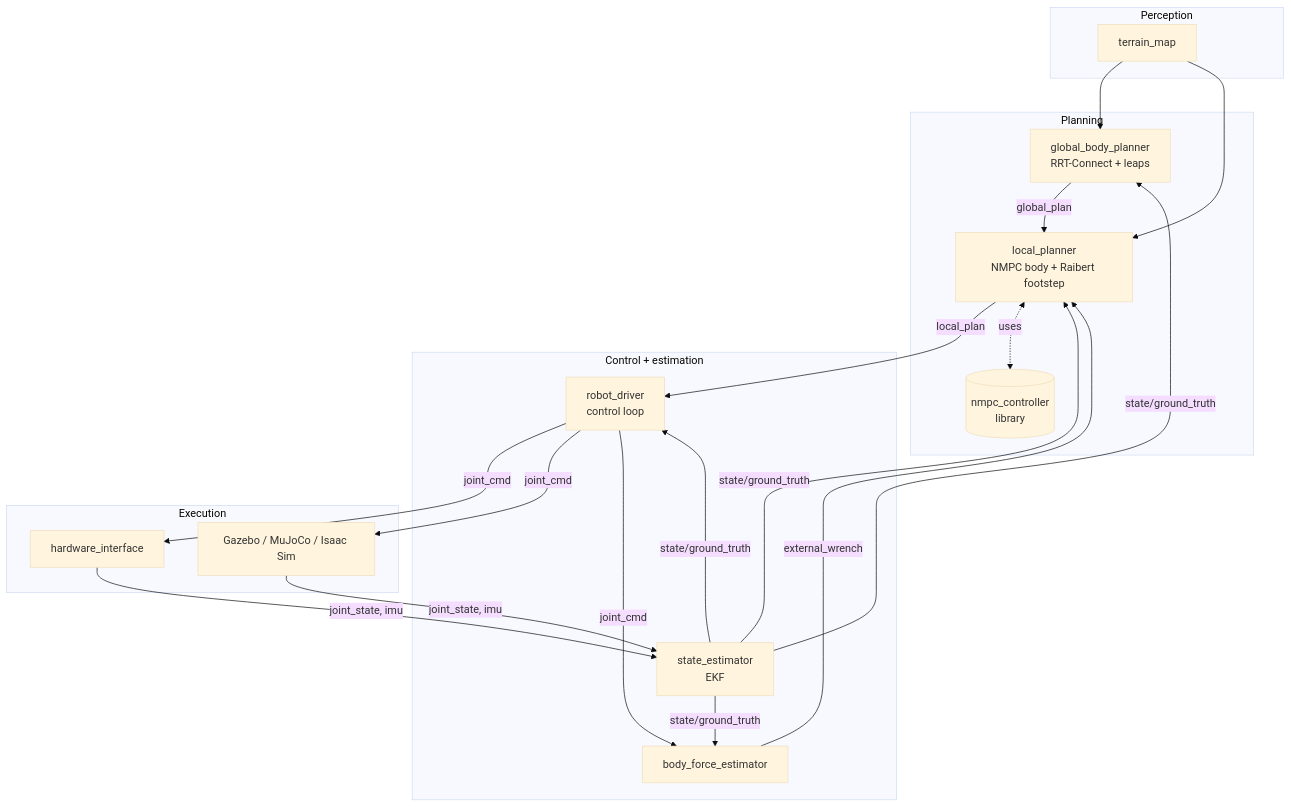
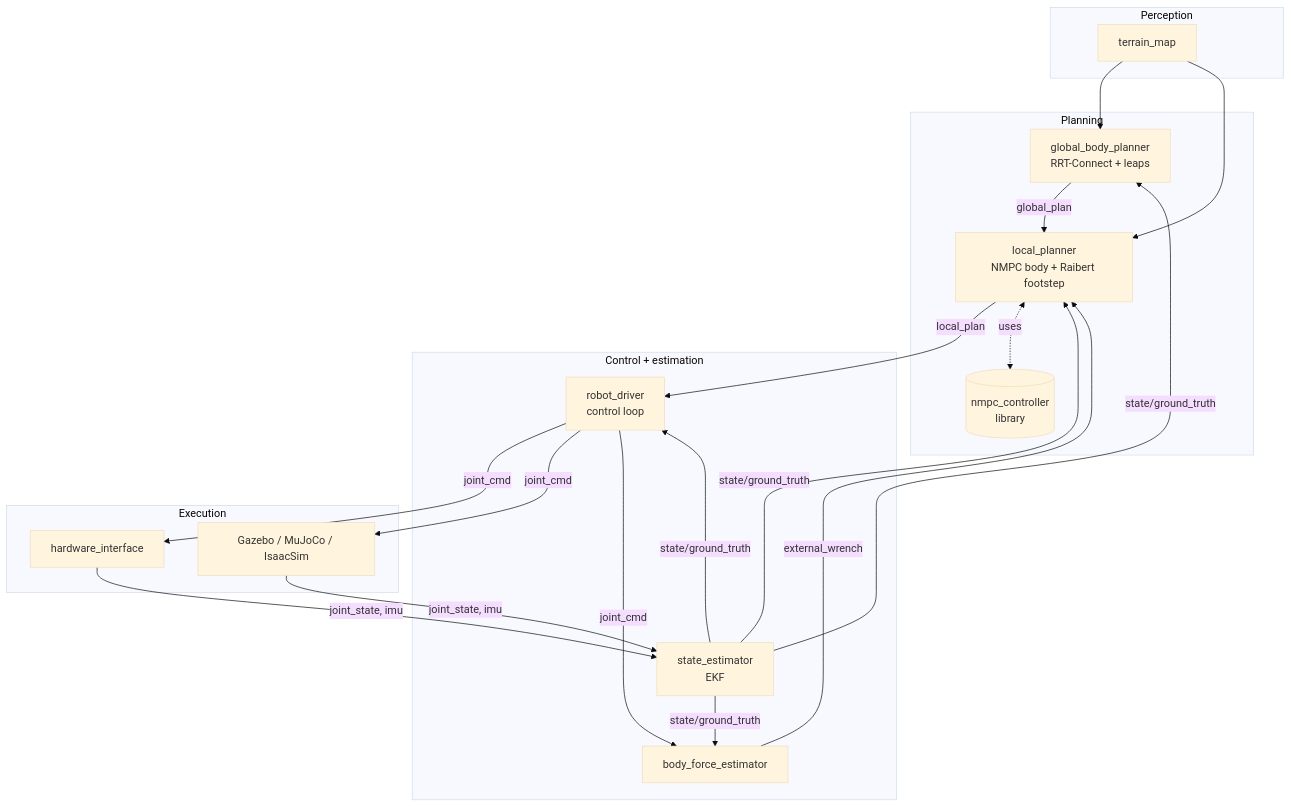
The diagram in docs/architecture/overview.md (robomechanics/quad-sdk), drawn with Mermaid (base theme) before and after one commit. The commit also changed other lines of this file and 19 other files, not shown here.

````diff
--- a/docs/architecture/overview.md
+++ b/docs/architecture/overview.md
@@ -16,39 +16,39 @@
 ```mermaid
 flowchart TB
   subgraph PERCEPTION[Perception]
     TM[terrain_map]
   end
 
   subgraph PLAN[Planning]
     GP[global_body_planner<br/>RRT-Connect + leaps]
     LP[local_planner<br/>NMPC body + Raibert footstep]
     NMPC[(nmpc_controller<br/>library)]
   end
 
   subgraph CONTROL[Control + estimation]
     RD[robot_driver<br/>control loop]
     EKF[state_estimator<br/>EKF]
     BFE[body_force_estimator]
   end
 
   subgraph EXEC[Execution]
     HW[hardware_interface]
-    SIM[Gazebo / MuJoCo / Isaac Sim]
+    SIM[Gazebo / MuJoCo / IsaacSim]
   end
 
   TM --> GP
   TM --> LP
   GP -- global_plan --> LP
   LP -- local_plan --> RD
   LP <-.uses.-> NMPC
   RD -- joint_cmd --> HW
   RD -- joint_cmd --> SIM
   HW -- joint_state, imu --> EKF
   SIM -- joint_state, imu --> EKF
   EKF -- state/ground_truth --> LP
   EKF -- state/ground_truth --> GP
   EKF -- state/ground_truth --> RD
   EKF -- state/ground_truth --> BFE
   RD -- joint_cmd --> BFE
   BFE -- external_wrench --> LP
 ```
````
